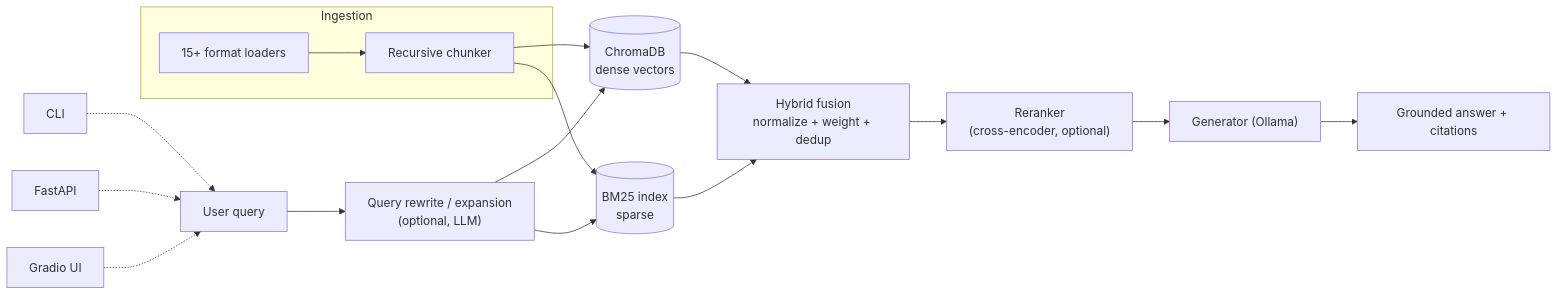
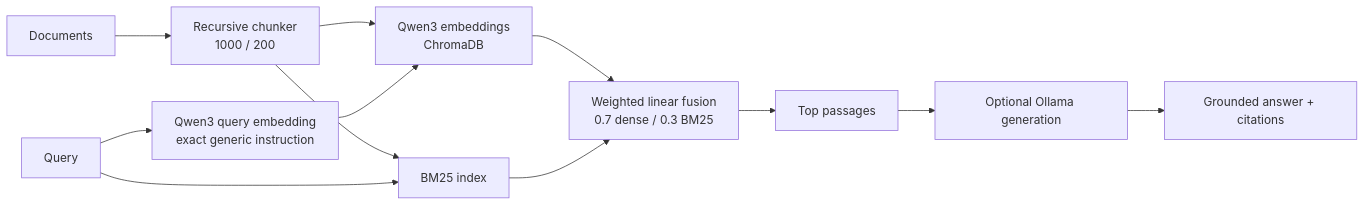
One commit to ihnatenko-oleksii/Retrieval-System changed the diagram in docs/architecture.md. Above: the diagram before and after it, drawn with Mermaid. The commit also changed other lines of this file and 19 other files, not shown here.

Commit message:
Adopt validated Qwen3 hybrid retrieval defaults

````diff
--- a/docs/architecture.md
+++ b/docs/architecture.md
@@ -26,21 +26,14 @@
 ```mermaid
 flowchart LR
-    subgraph Ingestion
-        L["15+ format loaders"] --> CH["Recursive chunker"]
-    end
-    CH --> VS[("ChromaDB\ndense vectors")]
-    CH --> BM[("BM25 index\nsparse")]
-
-    Q["User query"] --> QR["Query rewrite / expansion\n(optional, LLM)"]
-    QR --> VS
-    QR --> BM
-    VS --> FU["Hybrid fusion\nnormalize + weight + dedup"]
+    D["Documents"] --> CH["Recursive chunker\n1000 / 200"]
+    CH --> VE["Qwen3 embeddings\nChromaDB"]
+    CH --> BM["BM25 index"]
+    Q["Query"] --> QE["Qwen3 query embedding\nexact generic instruction"]
+    QE --> VE
+    Q --> BM
+    VE --> FU["Weighted linear fusion\n0.7 dense / 0.3 BM25"]
     BM --> FU
-    FU --> RR["Reranker\n(cross-encoder, optional)"]
-    RR --> GEN["Generator (Ollama)"]
+    FU --> P["Top passages"]
+    P --> GEN["Optional Ollama generation"]
     GEN --> AN["Grounded answer + citations"]
-
-    CLI["CLI"] -.-> Q
-    API["FastAPI"] -.-> Q
-    UI["Gradio UI"] -.-> Q
 ```
````
